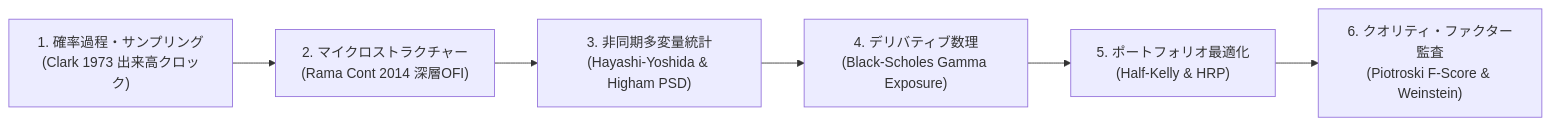
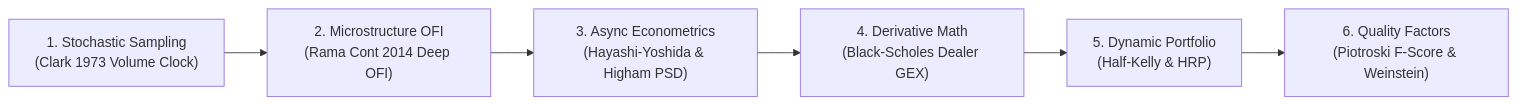
Before and after one commit to ramuza0113-sketch/lumina-ai-hedge-fund: the second of 2 diagrams in docs/lumina_fund_master_system_architecture.md, drawn with Mermaid. The commit also changed other lines of this file and 3 other files, not shown here.

Commit message:
docs: publish English master system architecture and quantitative finance spec (v6.4.6)

````diff
--- a/docs/lumina_fund_master_system_architecture.md
+++ b/docs/lumina_fund_master_system_architecture.md
@@ -295,8 +313,8 @@
 ```mermaid
 flowchart LR
-    A["1. 確率過程・サンプリング<br>(Clark 1973 出来高クロック)"] --> B["2. マイクロストラクチャー<br>(Rama Cont 2014 深層OFI)"]
-    B --> C["3. 非同期多変量統計<br>(Hayashi-Yoshida & Higham PSD)"]
-    C --> D["4. デリバティブ数理<br>(Black-Scholes Gamma Exposure)"]
-    D --> E["5. ポートフォリオ最適化<br>(Half-Kelly & HRP)"]
-    E --> F["6. クオリティ・ファクター監査<br>(Piotroski F-Score & Weinstein)"]
+    A["1. Stochastic Sampling<br>(Clark 1973 Volume Clock)"] --> B["2. Microstructure OFI<br>(Rama Cont 2014 Deep OFI)"]
+    B --> C["3. Async Econometrics<br>(Hayashi-Yoshida & Higham PSD)"]
+    C --> D["4. Derivative Math<br>(Black-Scholes Dealer GEX)"]
+    D --> E["5. Dynamic Portfolio<br>(Half-Kelly & HRP)"]
+    E --> F["6. Quality Factors<br>(Piotroski F-Score & Weinstein)"]
 ```
````
